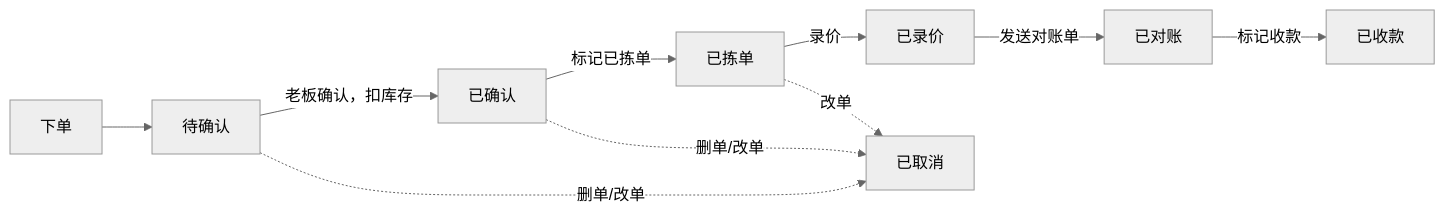
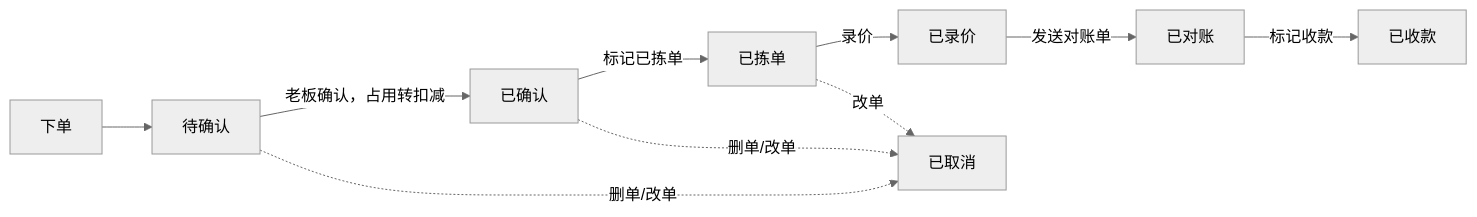
One commit to RichardCheng20/wechat-order-processing changed the diagram in docs/order_status.md. Above: the diagram before and after it, drawn with Mermaid (neutral theme). The commit also changed other lines of this file and 197 other files, not shown here.

````diff
--- a/docs/order_status.md
+++ b/docs/order_status.md
@@ -21,13 +21,13 @@
 ```mermaid
 flowchart LR
   A[下单] --> B[待确认]
-  B -->|老板确认，扣库存| C[已确认]
+  B -->|老板确认，占用转扣减| C[已确认]
   C -->|标记已拣单| D[已拣单]
   D -->|录价| E[已录价]
   E -->|发送对账单| F[已对账]
   F -->|标记收款| G[已收款]
 
   B -.->|删单/改单| X[已取消]
   C -.->|删单/改单| X
   D -.->|改单| X
 ```
````
